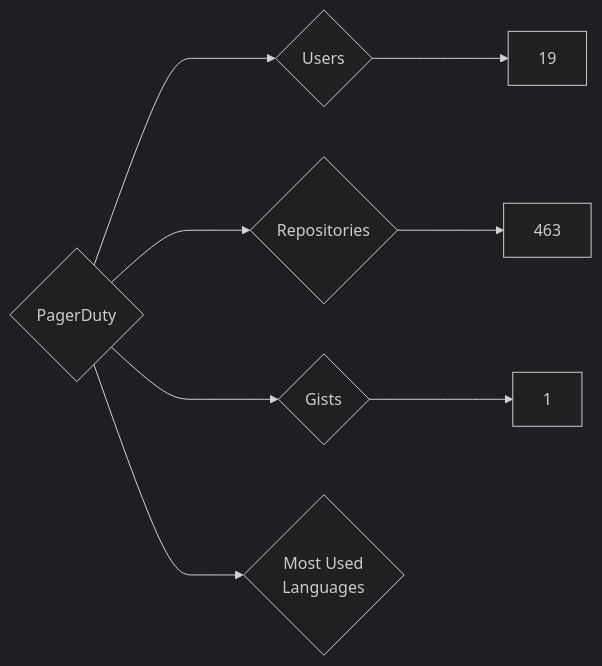
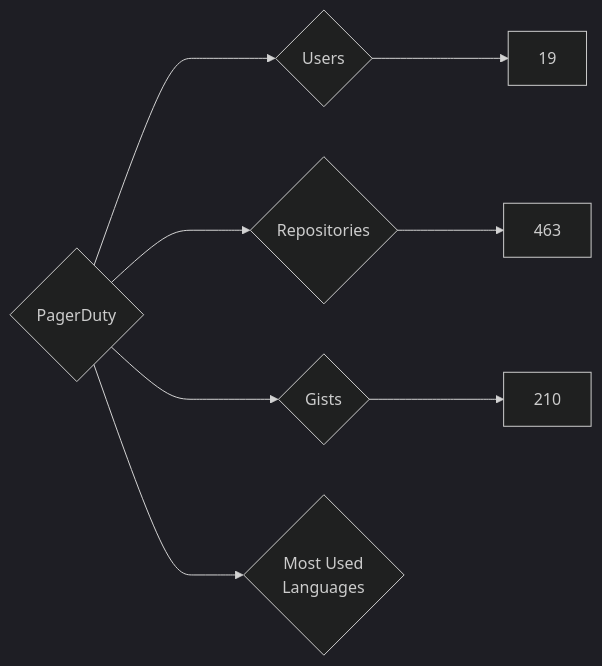
Before and after one commit to nenadzaric/insiders: the diagram in targets/PagerDuty/README.md, drawn with Mermaid (dark theme). The commit also changed 1342 other files, not shown here.

````diff
--- a/targets/PagerDuty/README.md
+++ b/targets/PagerDuty/README.md
@@ -3,8 +3,8 @@
 ```mermaid
 graph LR
 COMPANY_NAME{PagerDuty}
 COMPANY_NAME ---> U{Users} ---> UN[19]
 COMPANY_NAME ---> R{Repositories} ---> RN[463]
-COMPANY_NAME ---> G{Gists} ---> GN[1]
+COMPANY_NAME ---> G{Gists} ---> GN[210]
 COMPANY_NAME ---> ML{Most Used<br>Languages}
 ```
````
